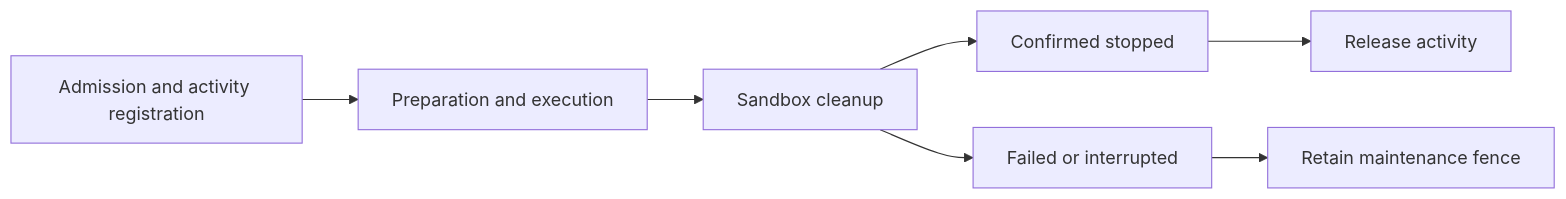
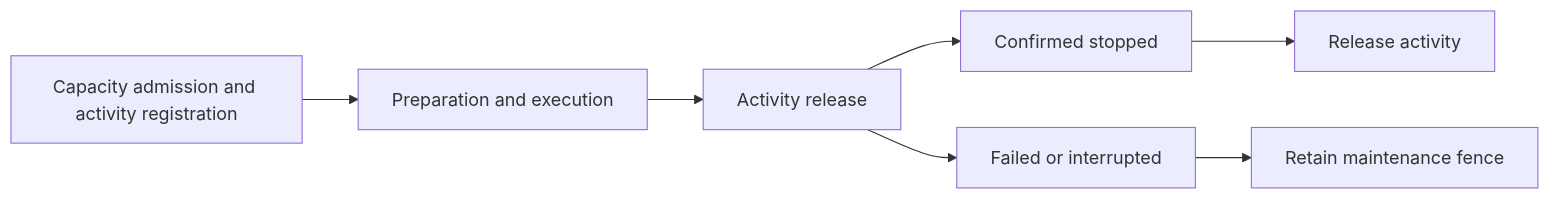
Before and after one commit to artpods56/grafY: the third of 3 diagrams in apps/api/src/grafy_api/execution/README.md, drawn with Mermaid. The commit also changed other lines of this file and 134 other files, not shown here.

````diff
--- a/apps/api/src/grafy_api/execution/README.md
+++ b/apps/api/src/grafy_api/execution/README.md
@@ -116,9 +112,9 @@
 ```mermaid
 flowchart LR
-    Admission[Admission and activity registration] --> Run[Preparation and execution]
-    Run --> Cleanup[Sandbox cleanup]
+    Admission[Capacity admission and activity registration] --> Run[Preparation and execution]
+    Run --> Cleanup[Activity release]
     Cleanup --> Confirmed[Confirmed stopped]
     Cleanup --> Unconfirmed[Failed or interrupted]
     Confirmed --> Release[Release activity]
     Unconfirmed --> Retain[Retain maintenance fence]
 ```
````
